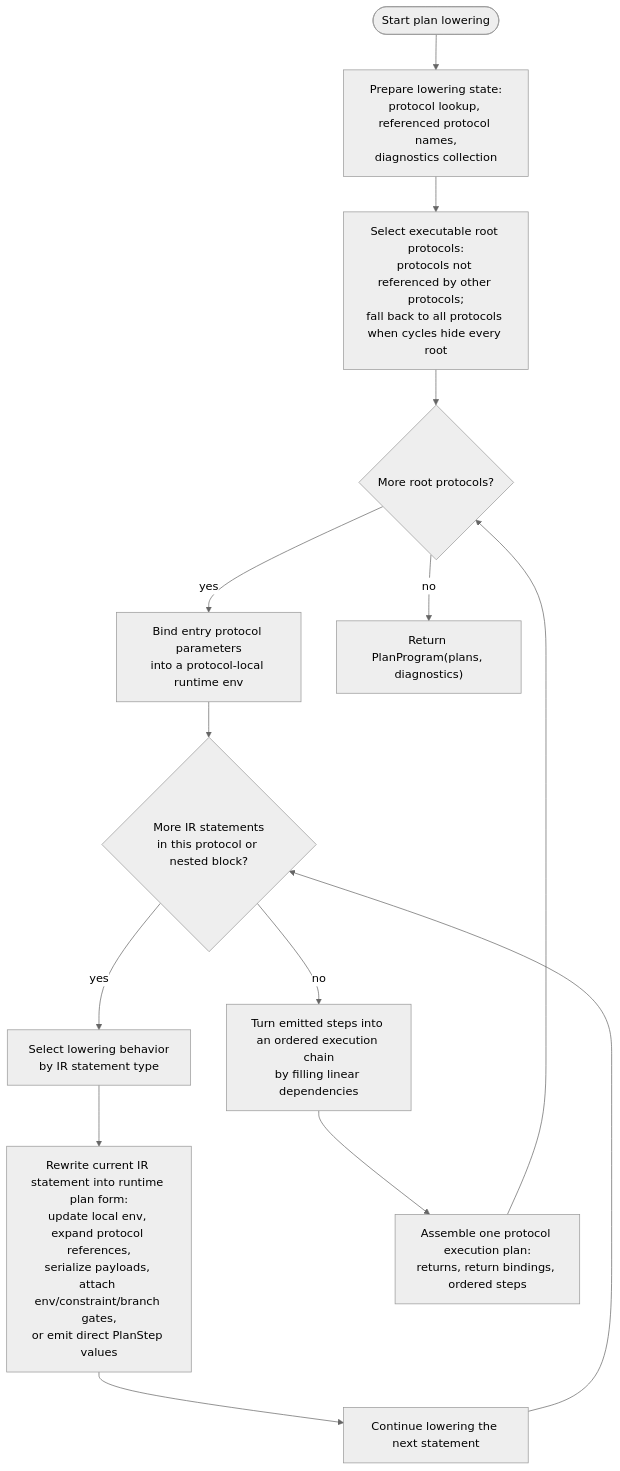
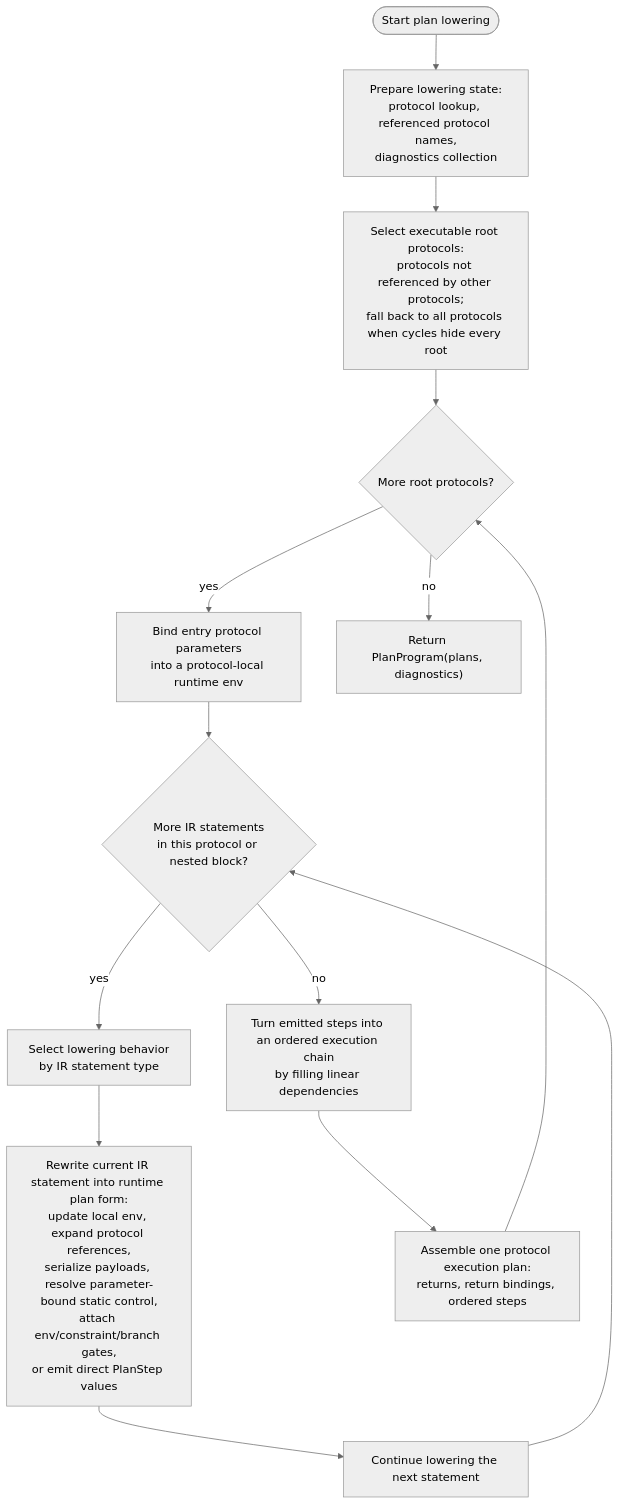
The first of 5 diagrams in docs/architecture/plan_module_diagrams.md (culsma/culsma), drawn with Mermaid (neutral theme) before and after one commit. The commit also changed other lines of this file and 24 other files, not shown here.

Commit message:
fix(params): support formal params in static control

````diff
--- a/docs/architecture/plan_module_diagrams.md
+++ b/docs/architecture/plan_module_diagrams.md
@@ -35,29 +38,29 @@
 ```mermaid
 flowchart TB
     Start(["Start plan lowering"])
     Init["Prepare lowering state:<br/>protocol lookup, referenced protocol names,<br/>diagnostics collection"]
     Roots["Select executable root protocols:<br/>protocols not referenced by other protocols;<br/>fall back to all protocols when cycles hide every root"]
     ProtocolLoop{"More root protocols?"}
     Bind["Bind entry protocol parameters<br/>into a protocol-local runtime env"]
     StatementLoop{"More IR statements<br/>in this protocol or nested block?"}
     Dispatch["Select lowering behavior<br/>by IR statement type"]
-    LowerStmt["Rewrite current IR statement into runtime plan form:<br/>update local env, expand protocol references,<br/>serialize payloads, attach env/constraint/branch gates,<br/>or emit direct PlanStep values"]
+    LowerStmt["Rewrite current IR statement into runtime plan form:<br/>update local env, expand protocol references,<br/>serialize payloads, resolve parameter-bound static control,<br/>attach env/constraint/branch gates,<br/>or emit direct PlanStep values"]
     NextStmt["Continue lowering the next statement"]
     Linearize["Turn emitted steps into an ordered execution chain<br/>by filling linear dependencies"]
     Build["Assemble one protocol execution plan:<br/>returns, return bindings, ordered steps"]
     Return["Return PlanProgram(plans, diagnostics)"]
 
     Start --> Init
     Init --> Roots
     Roots --> ProtocolLoop
     ProtocolLoop -->|yes| Bind
     Bind --> StatementLoop
     StatementLoop -->|yes| Dispatch
     Dispatch --> LowerStmt
     LowerStmt --> NextStmt
     NextStmt --> StatementLoop
     StatementLoop -->|no| Linearize
     Linearize --> Build
     Build --> ProtocolLoop
     ProtocolLoop -->|no| Return
 ```
````
